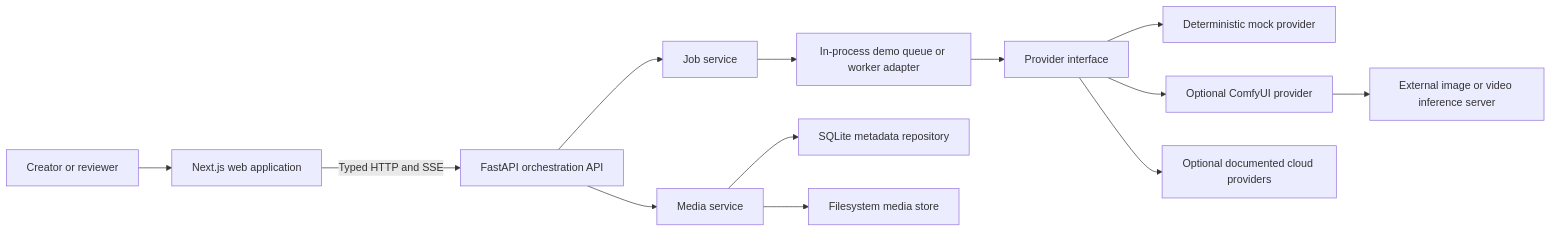
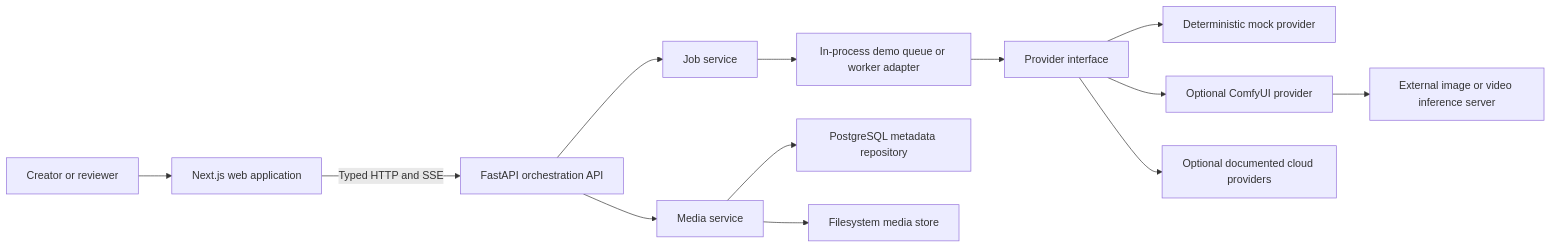
One commit to daviLeedev/CanvasRelay changed the first of 3 diagrams in docs/architecture.md. Above: the diagram before and after it, drawn with Mermaid. The commit also changed other lines of this file and 72 other files, not shown here.

````diff
--- a/docs/architecture.md
+++ b/docs/architecture.md
@@ -31,15 +31,15 @@
 ```mermaid
 flowchart LR
     U["Creator or reviewer"] --> W["Next.js web application"]
     W -->|"Typed HTTP and SSE"| A["FastAPI orchestration API"]
     A --> J["Job service"]
     A --> M["Media service"]
     J --> Q["In-process demo queue or worker adapter"]
     Q --> P["Provider interface"]
     P --> MOCK["Deterministic mock provider"]
     P --> COMFY["Optional ComfyUI provider"]
     P --> CLOUD["Optional documented cloud providers"]
-    M --> DB["SQLite metadata repository"]
+    M --> DB["PostgreSQL metadata repository"]
     M --> FS["Filesystem media store"]
     COMFY --> INF["External image or video inference server"]
 ```
````
